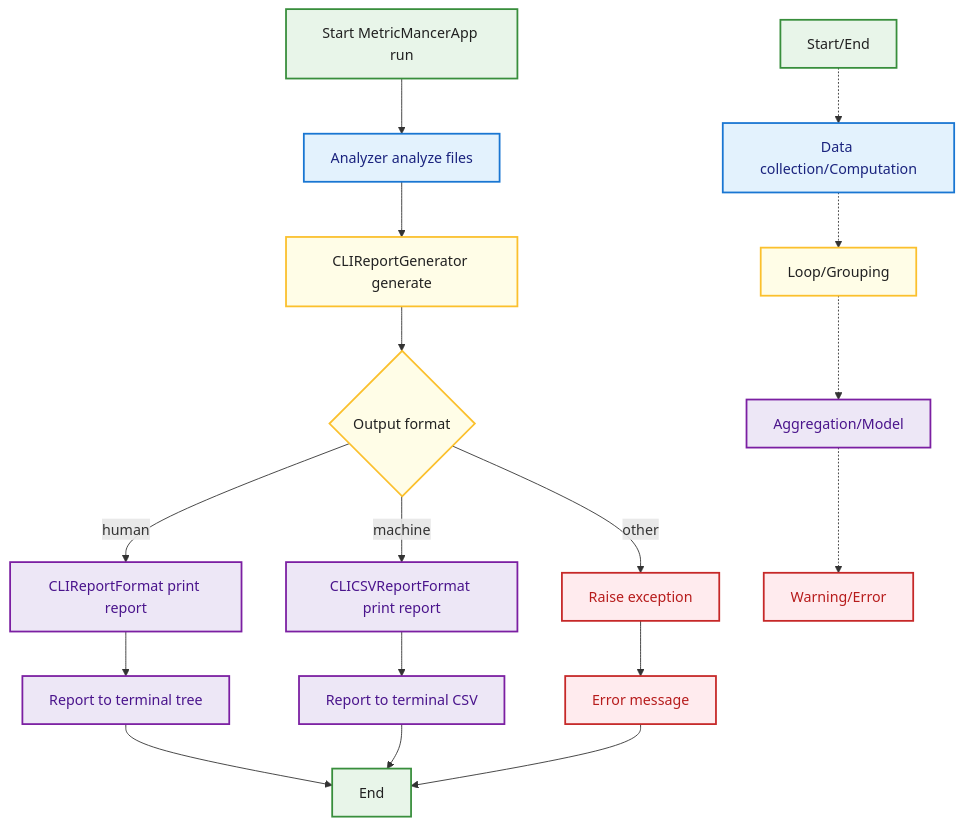
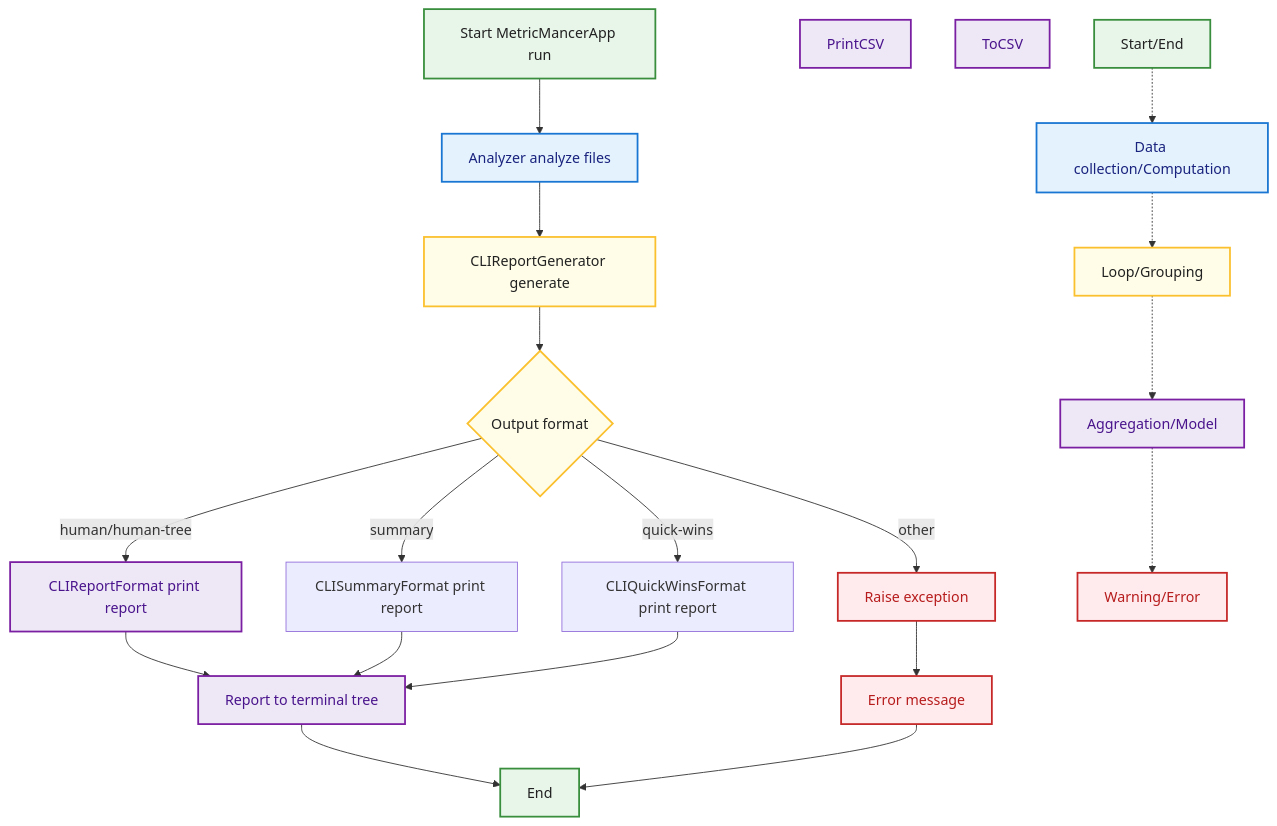
One commit to CmdrPrompt/MetricMancer changed the seventh of 11 diagrams in docs/SoftwareSpecificationAndDesign.md. Above: the diagram before and after it, drawn with Mermaid. The commit also changed 2 other files, not shown here.

Commit message:
Update documentation to reflect CLI changes

````diff
--- a/docs/SoftwareSpecificationAndDesign.md
+++ b/docs/SoftwareSpecificationAndDesign.md
@@ -779,52 +779,53 @@
 ```mermaid
 flowchart TD
 StartCLI[Start MetricMancerApp run]
 StartCLI --> Analyze[Analyzer analyze files]
 Analyze --> CLIGen[CLIReportGenerator generate]
 CLIGen --> FormatSel{Output format}
-FormatSel -- human --> PrintReport[CLIReportFormat print report]
-FormatSel -- machine --> PrintCSV[CLICSVReportFormat print report]
+FormatSel -- human/human-tree --> PrintReport[CLIReportFormat print report]
+FormatSel -- summary --> PrintSummary[CLISummaryFormat print report]
+FormatSel -- quick-wins --> PrintQuickWins[CLIQuickWinsFormat print report]
 FormatSel -- other --> RaiseExc[Raise exception]
 PrintReport --> ToTerminal[Report to terminal tree]
-PrintCSV --> ToCSV[Report to terminal CSV]
+PrintSummary --> ToTerminal
+PrintQuickWins --> ToTerminal
 RaiseExc --> ErrorMsg[Error message]
 ToTerminal --> EndNode[End]
-ToCSV --> EndNode
 ErrorMsg --> EndNode
 %% Edge cases and error handling can be added as needed
 style StartCLI fill:#e8f5e9,stroke:#388e3c,stroke-width:2px,color:#212121
 style EndNode fill:#e8f5e9,stroke:#388e3c,stroke-width:2px,color:#212121
 style Analyze fill:#e3f2fd,stroke:#1976d2,stroke-width:2px,color:#1a237e
 style CLIGen fill:#fffde7,stroke:#fbc02d,stroke-width:2px,color:#212121
 style FormatSel fill:#fffde7,stroke:#fbc02d,stroke-width:2px,color:#212121
 style PrintReport fill:#ede7f6,stroke:#7b1fa2,stroke-width:2px,color:#4a148c
 style PrintCSV fill:#ede7f6,stroke:#7b1fa2,stroke-width:2px,color:#4a148c
 style ToTerminal fill:#ede7f6,stroke:#7b1fa2,stroke-width:2px,color:#4a148c
 style ToCSV fill:#ede7f6,stroke:#7b1fa2,stroke-width:2px,color:#4a148c
 style RaiseExc fill:#ffebee,stroke:#c62828,stroke-width:2px,color:#b71c1c
 style ErrorMsg fill:#ffebee,stroke:#c62828,stroke-width:2px,color:#b71c1c
 
 %% Legend
     LegendStart[Start/End]:::start
     LegendCalc[Data collection/Computation]:::calc
     LegendLoop[Loop/Grouping]:::loop
     LegendAgg[Aggregation/Model]:::agg
     LegendWarn[Warning/Error]:::warn
 
     LegendStart -.-> LegendCalc
     LegendCalc -.-> LegendLoop
     LegendLoop -.-> LegendAgg
     LegendAgg -.-> LegendWarn
 
     classDef start fill:#e8f5e9,stroke:#388e3c,stroke-width:2px,color:#212121;
     classDef calc fill:#e3f2fd,stroke:#1976d2,stroke-width:2px,color:#1a237e;
     classDef loop fill:#fffde7,stroke:#fbc02d,stroke-width:2px,color:#212121;
     classDef agg fill:#ede7f6,stroke:#7b1fa2,stroke-width:2px,color:#4a148c;
     classDef warn fill:#ffebee,stroke:#c62828,stroke-width:2px,color:#b71c1c;
 
     class LegendStart start;
     class LegendCalc calc;
     class LegendLoop loop;
     class LegendAgg agg;
     class LegendWarn warn;
 ```
````
